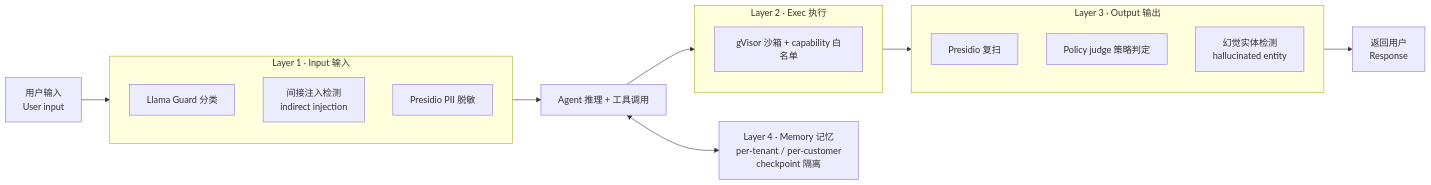
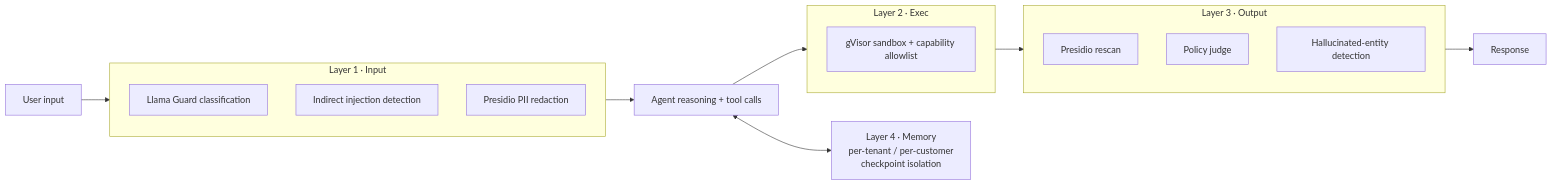
The second of 6 diagrams in README.md (AndyUneducated/resolve-ai), drawn with Mermaid before and after one commit. The commit also changed other lines of this file and 79 other files, not shown here.

````diff
--- a/README.md
+++ b/README.md
@@ -77,24 +77,24 @@
 ```mermaid
 flowchart LR
-  in["用户输入<br/>User input"] --> L1
-  subgraph L1["Layer 1 · Input 输入"]
+  in["User input"] --> L1
+  subgraph L1["Layer 1 · Input"]
     direction TB
-    l1a["Llama Guard 分类"]
-    l1b["间接注入检测<br/>indirect injection"]
-    l1c["Presidio PII 脱敏"]
+    l1a["Llama Guard classification"]
+    l1b["Indirect injection detection"]
+    l1c["Presidio PII redaction"]
   end
-  L1 --> agent["Agent 推理 + 工具调用"]
+  L1 --> agent["Agent reasoning + tool calls"]
   agent --> L2
-  subgraph L2["Layer 2 · Exec 执行"]
-    l2["gVisor 沙箱 + capability 白名单"]
+  subgraph L2["Layer 2 · Exec"]
+    l2["gVisor sandbox + capability allowlist"]
   end
   L2 --> L3
-  subgraph L3["Layer 3 · Output 输出"]
+  subgraph L3["Layer 3 · Output"]
     direction TB
-    l3a["Presidio 复扫"]
-    l3b["Policy judge 策略判定"]
-    l3c["幻觉实体检测<br/>hallucinated entity"]
+    l3a["Presidio rescan"]
+    l3b["Policy judge"]
+    l3c["Hallucinated-entity detection"]
   end
-  L3 --> out["返回用户<br/>Response"]
-  agent <--> L4["Layer 4 · Memory 记忆<br/>per-tenant / per-customer<br/>checkpoint 隔离"]
+  L3 --> out["Response"]
+  agent <--> L4["Layer 4 · Memory<br/>per-tenant / per-customer<br/>checkpoint isolation"]
 ```
````
